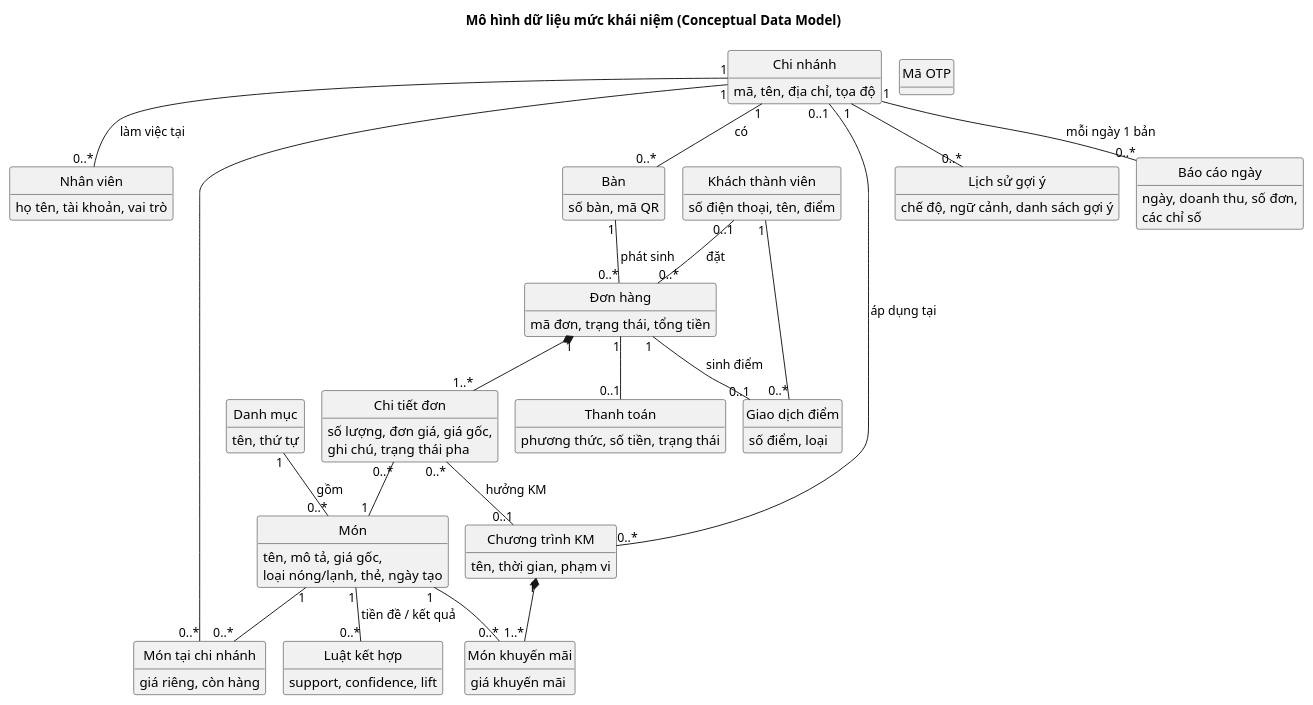
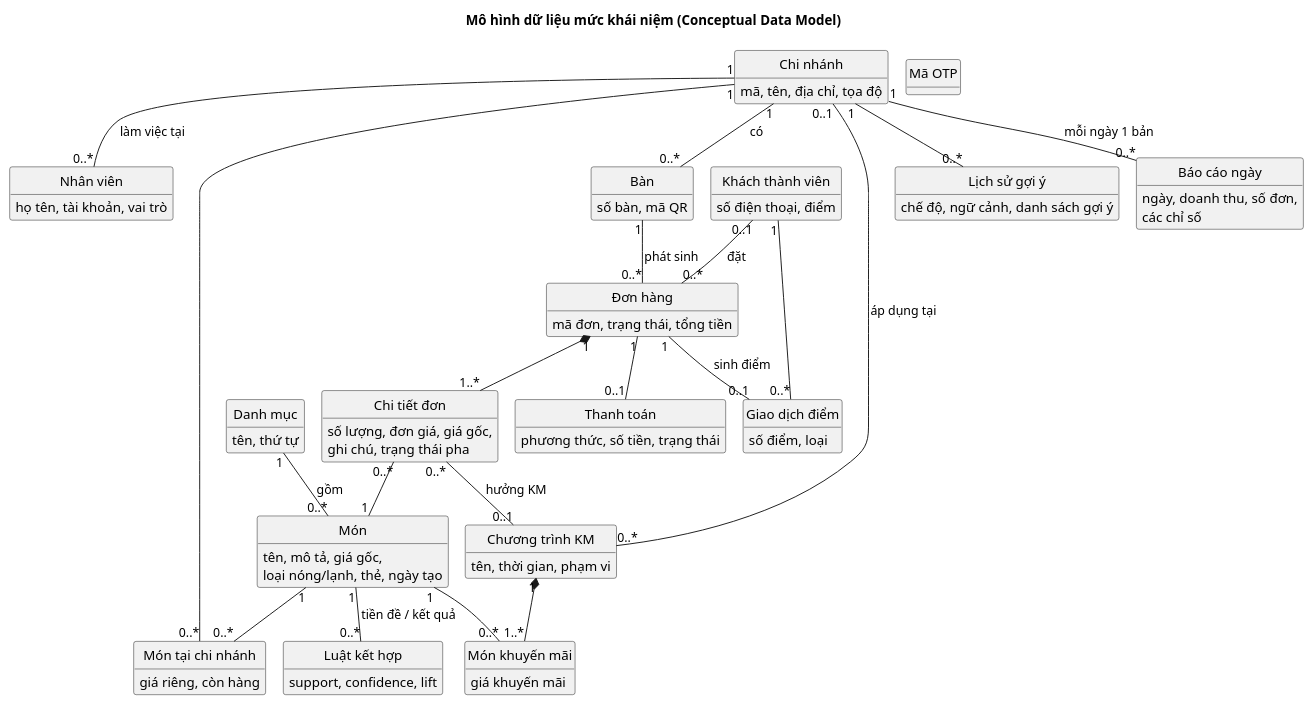
The diagram in 1.Bao_cao/Thiet_ke_he_thong/diagrams/src/III_data_model.puml (thanhbinh0493/smartcafe), drawn with PlantUML before and after one commit. The commit also changed 28 other files, not shown here.

```diff
--- a/1.Bao_cao/Thiet_ke_he_thong/diagrams/src/III_data_model.puml
+++ b/1.Bao_cao/Thiet_ke_he_thong/diagrams/src/III_data_model.puml
@@ -1,83 +1,83 @@
 @startuml III_data_model
 !pragma layout smetana
 skinparam defaultFontName Arial
 hide methods
 hide circle
 skinparam classAttributeIconSize 0
 title Mô hình dữ liệu mức khái niệm (Conceptual Data Model)
 
 class "Chi nhánh" as Branch {
   mã, tên, địa chỉ, tọa độ
 }
 class "Nhân viên" as Staff {
   họ tên, tài khoản, vai trò
 }
 class "Danh mục" as Category {
   tên, thứ tự
 }
 class "Món" as MenuItem {
   tên, mô tả, giá gốc,
   loại nóng/lạnh, thẻ, ngày tạo
 }
 class "Món tại chi nhánh" as BranchMenuItem {
   giá riêng, còn hàng
 }
 class "Chương trình KM" as Promotion {
   tên, thời gian, phạm vi
 }
 class "Món khuyến mãi" as PromotionItem {
   giá khuyến mãi
 }
 class "Bàn" as Table {
   số bàn, mã QR
 }
 class "Khách thành viên" as Customer {
-  số điện thoại, tên, điểm
+  số điện thoại, điểm
 }
 class "Mã OTP" as Otp {
   SĐT, mã (băm), hạn, số lần thử
 }
 class "Giao dịch điểm" as Loyalty {
   số điểm, loại
 }
 class "Đơn hàng" as Order {
   mã đơn, trạng thái, tổng tiền
 }
 class "Chi tiết đơn" as OrderItem {
   số lượng, đơn giá, giá gốc,
   ghi chú, trạng thái pha
 }
 class "Thanh toán" as Payment {
   phương thức, số tiền, trạng thái
 }
 class "Lịch sử gợi ý" as RecLog {
   chế độ, ngữ cảnh, danh sách gợi ý
 }
 class "Báo cáo ngày" as Daily {
   ngày, doanh thu, số đơn,
   các chỉ số
 }
 class "Luật kết hợp" as Rule {
   support, confidence, lift
 }
 
 Branch "1" -- "0..*" Staff : làm việc tại >
 Branch "1" -- "0..*" Table : có >
 Branch "1" -- "0..*" BranchMenuItem
 MenuItem "1" -- "0..*" BranchMenuItem
 Category "1" -- "0..*" MenuItem : gồm >
 Branch "0..1" -- "0..*" Promotion : áp dụng tại >
 Promotion "1" *-- "1..*" PromotionItem
 MenuItem "1" -- "0..*" PromotionItem
 Table "1" -- "0..*" Order : phát sinh >
 Customer "0..1" -- "0..*" Order : đặt >
 Customer "1" -- "0..*" Loyalty
 Order "1" -- "0..1" Loyalty : sinh điểm >
 Order "1" *-- "1..*" OrderItem
 OrderItem "0..*" -- "1" MenuItem
 OrderItem "0..*" -- "0..1" Promotion : hưởng KM >
 Order "1" -- "0..1" Payment
 Branch "1" -- "0..*" RecLog
 Branch "1" -- "0..*" Daily : mỗi ngày 1 bản >
 MenuItem "1" -- "0..*" Rule : tiền đề / kết quả
 @enduml
```
